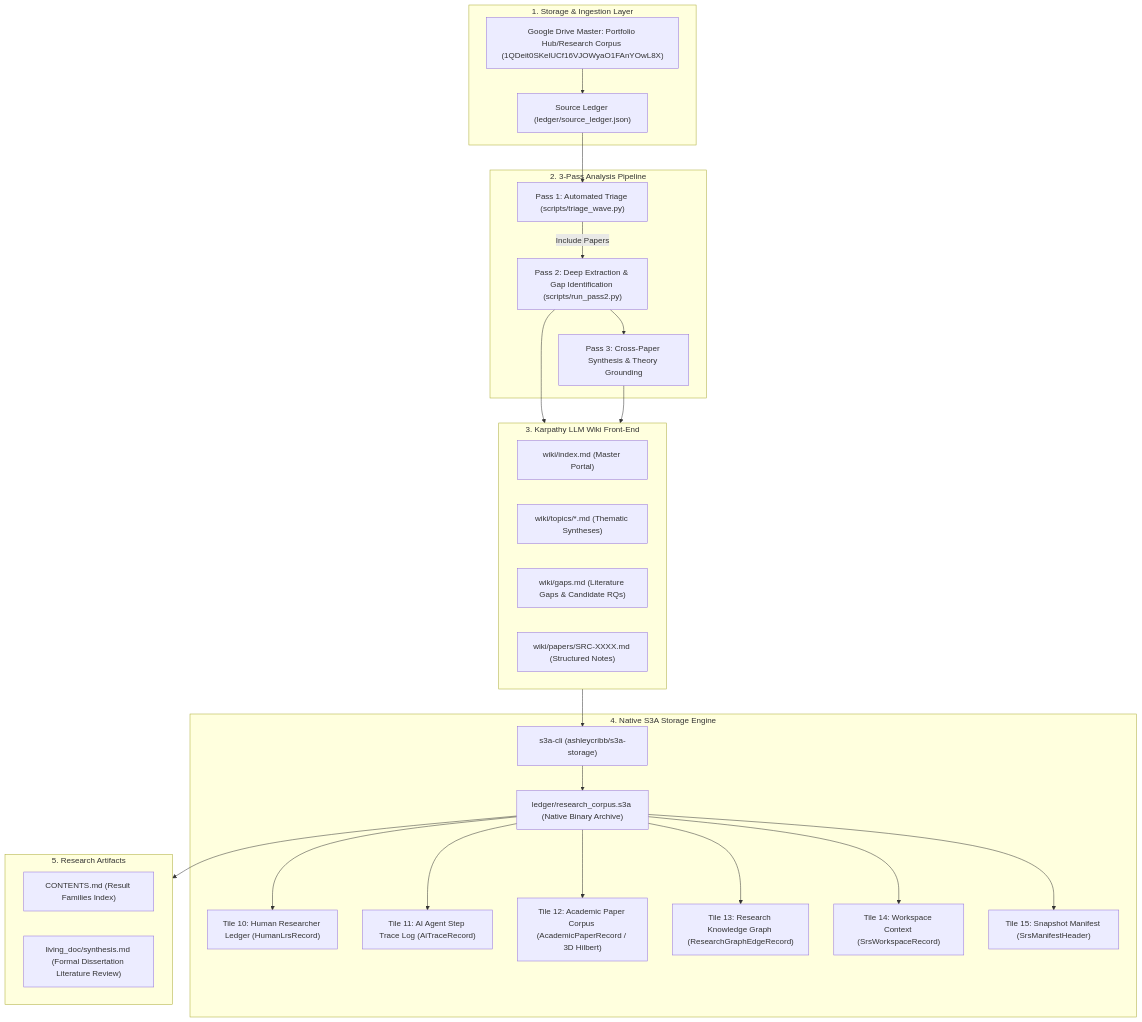
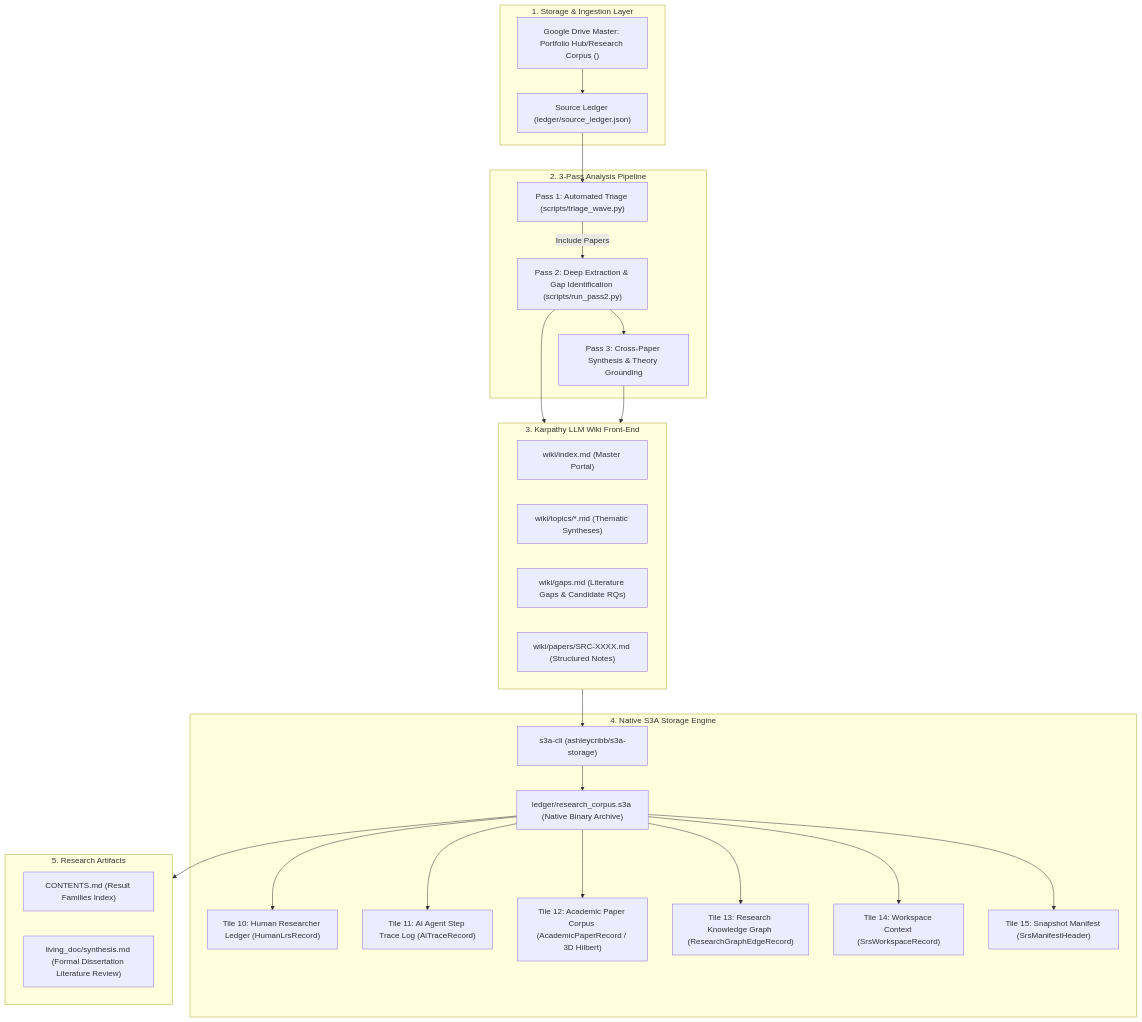
The diagram in docs/designs/3pass_research_corpus_architecture.md (ashleycribb/3Pass), drawn with Mermaid before and after one commit. The commit also changed other lines of this file and 318 other files, not shown here.

````diff
--- a/docs/designs/3pass_research_corpus_architecture.md
+++ b/docs/designs/3pass_research_corpus_architecture.md
@@ -93,52 +93,52 @@
 ```mermaid
 flowchart TD
     subgraph StorageLayer [1. Storage & Ingestion Layer]
-        GDrive["Google Drive Master: Portfolio Hub/Research Corpus (1QDeit0SKelUCf16VJOWyaO1FAnYOwL8X)"]
+        GDrive["Google Drive Master: Portfolio Hub/Research Corpus (<drive_folder_id>)"]
         Ledger["Source Ledger (ledger/source_ledger.json)"]
     end
 
     subgraph PassEngine [2. 3-Pass Analysis Pipeline]
         P1["Pass 1: Automated Triage (scripts/triage_wave.py)"]
         P2["Pass 2: Deep Extraction & Gap Identification (scripts/run_pass2.py)"]
         P3["Pass 3: Cross-Paper Synthesis & Theory Grounding"]
     end
 
     subgraph WorkingFrontEnd [3. Karpathy LLM Wiki Front-End]
         WikiIndex["wiki/index.md (Master Portal)"]
         WikiTopics["wiki/topics/*.md (Thematic Syntheses)"]
         WikiGaps["wiki/gaps.md (Literature Gaps & Candidate RQs)"]
         WikiPapers["wiki/papers/SRC-XXXX.md (Structured Notes)"]
     end
 
     subgraph NativeS3ABackEnd [4. Native S3A Storage Engine]
         S3ACLI["s3a-cli (ashleycribb/s3a-storage)"]
         S3AFile["ledger/research_corpus.s3a (Native Binary Archive)"]
         Tile10["Tile 10: Human Researcher Ledger (HumanLrsRecord)"]
         Tile11["Tile 11: AI Agent Step Trace Log (AiTraceRecord)"]
         Tile12["Tile 12: Academic Paper Corpus (AcademicPaperRecord / 3D Hilbert)"]
         Tile13["Tile 13: Research Knowledge Graph (ResearchGraphEdgeRecord)"]
         Tile14["Tile 14: Workspace Context (SrsWorkspaceRecord)"]
         Tile15["Tile 15: Snapshot Manifest (SrsManifestHeader)"]
     end
 
     subgraph CatalogOutput [5. Research Artifacts]
         Contents["CONTENTS.md (Result Families Index)"]
         LivingDoc["living_doc/synthesis.md (Formal Dissertation Literature Review)"]
     end
 
     GDrive --> Ledger
     Ledger --> P1
     P1 -->|Include Papers| P2
     P2 --> WorkingFrontEnd
     P2 --> P3
     P3 --> WorkingFrontEnd
     WorkingFrontEnd --> S3ACLI
     S3ACLI --> S3AFile
     S3AFile --> Tile10
     S3AFile --> Tile11
     S3AFile --> Tile12
     S3AFile --> Tile13
     S3AFile --> Tile14
     S3AFile --> Tile15
     S3AFile --> CatalogOutput
 ```
````
